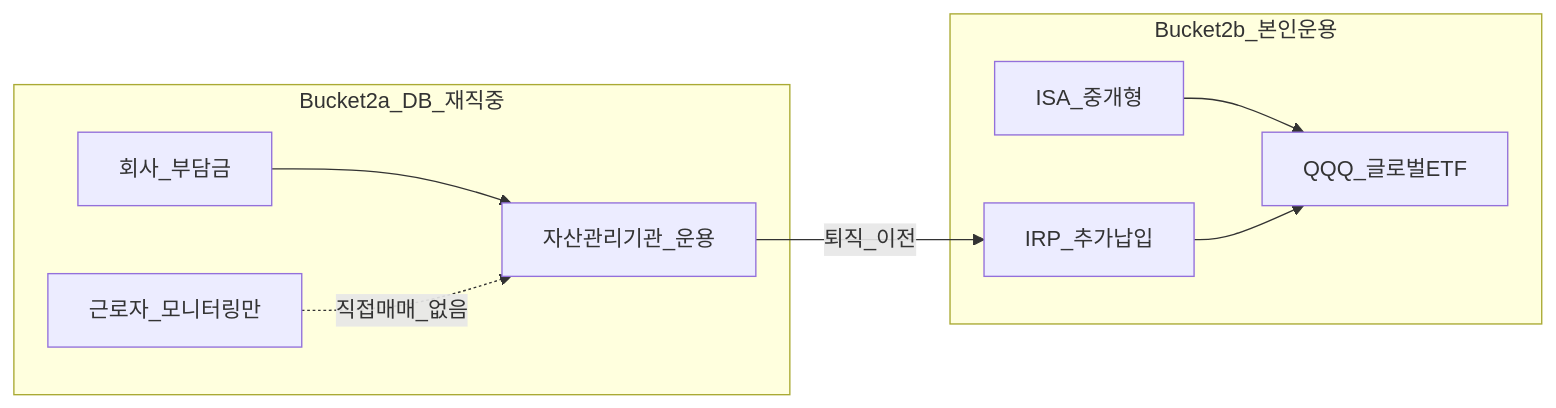
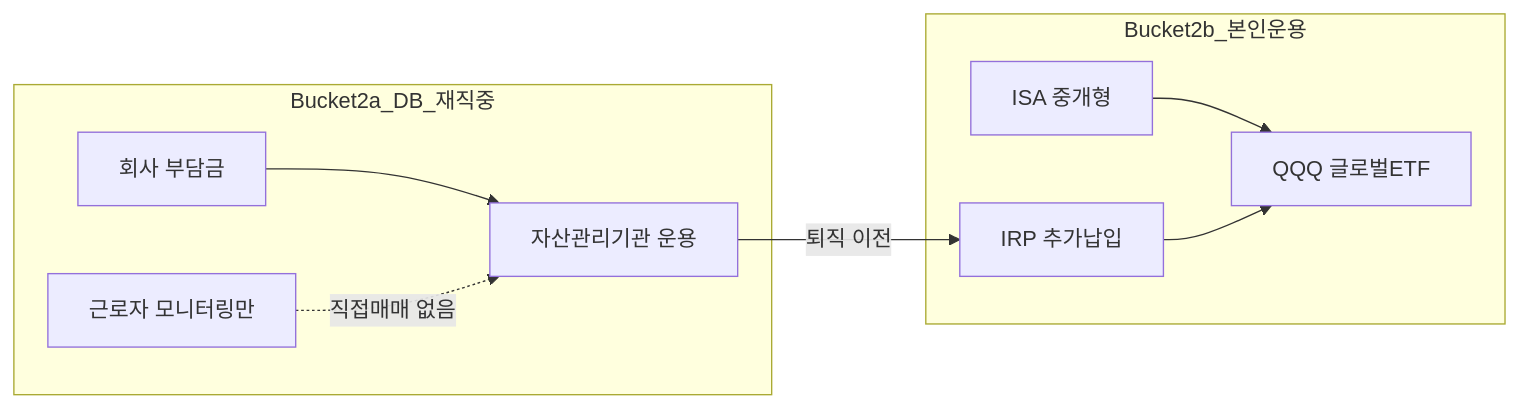
Before and after one commit to goldanghenry/Finances: the second of 2 diagrams in 04-portfolio/time-horizon-and-buckets.md, drawn with Mermaid. The commit also changed other lines of this file and 211 other files, not shown here.

````diff
--- a/04-portfolio/time-horizon-and-buckets.md
+++ b/04-portfolio/time-horizon-and-buckets.md
@@ -134,17 +136,17 @@
 ```mermaid
 flowchart LR
   subgraph db_slot [Bucket2a_DB_재직중]
-    Co[회사_부담금]
-    AM[자산관리기관_운용]
+    Co["회사 부담금"]
+    AM["자산관리기관 운용"]
     Co --> AM
-    Worker1[근로자_모니터링만]
-    Worker1 -.->|직접매매_없음| AM
+    Worker1["근로자 모니터링만"]
+    Worker1 -.->|"직접매매 없음"| AM
   end
   subgraph personal [Bucket2b_본인운용]
-    ISA[ISA_중개형]
-    IRP[IRP_추가납입]
-    ISA --> QQQ[QQQ_글로벌ETF]
+    ISA["ISA 중개형"]
+    IRP["IRP 추가납입"]
+    ISA --> QQQ["QQQ 글로벌ETF"]
     IRP --> QQQ
   end
-  AM -->|퇴직_이전| IRP
+  AM -->|"퇴직 이전"| IRP
 ```
````
